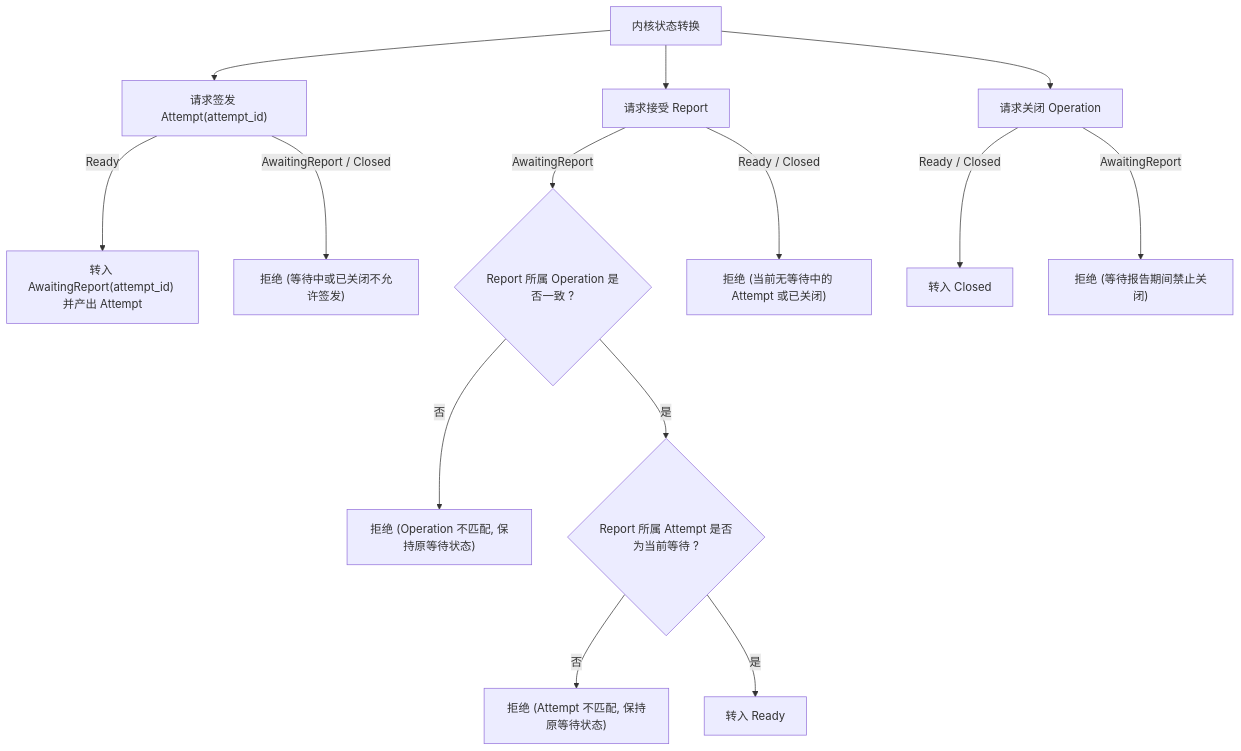
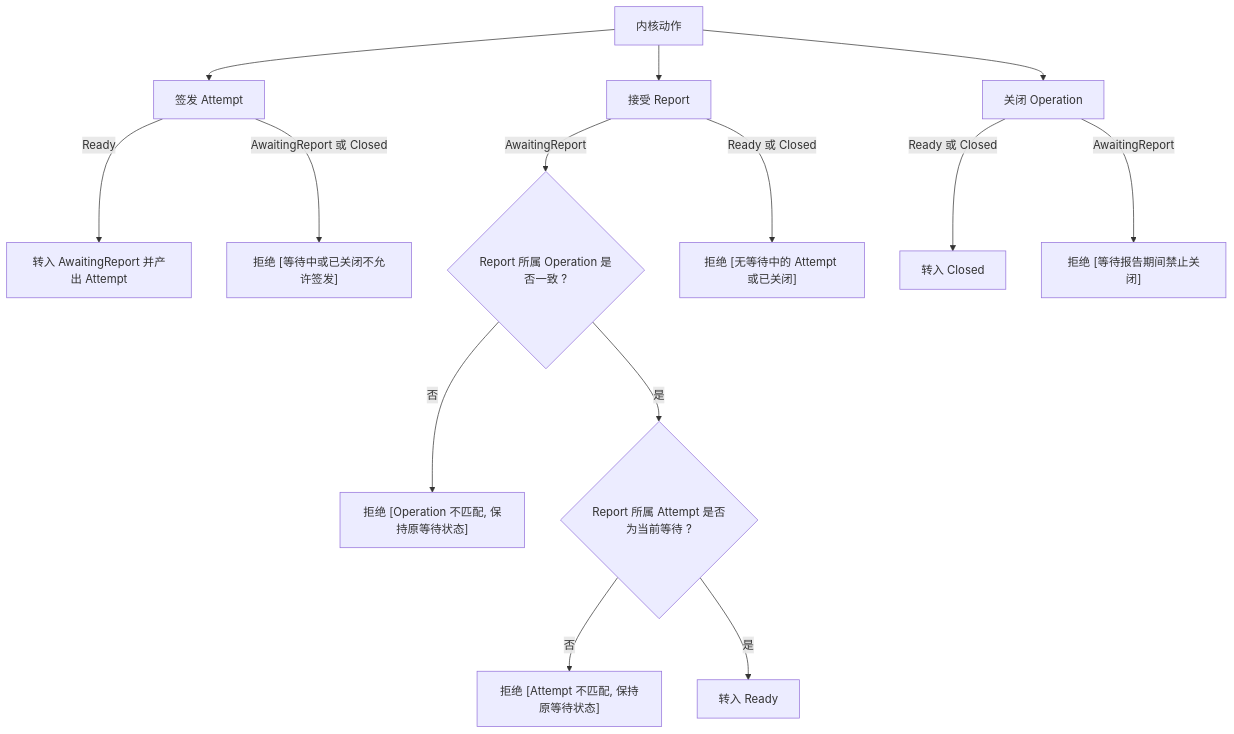
One commit to Everfold/Beamlet changed the second of 2 diagrams in spec/01-kernel.md. Above: the diagram before and after it, drawn with Mermaid. The commit also changed other lines of this file and 16 other files, not shown here.

````diff
--- a/spec/01-kernel.md
+++ b/spec/01-kernel.md
@@ -27,19 +27,19 @@
 ```mermaid
 flowchart TD
-    Act["内核状态转换"] --> C["请求签发 Attempt(attempt_id)"]
-    Act --> A["请求接受 Report"]
-    Act --> Cl["请求关闭 Operation"]
+    Act["内核动作"] --> C["签发 Attempt"]
+    Act --> A["接受 Report"]
+    Act --> Cl["关闭 Operation"]
 
-    C -->|"Ready"| C1["转入 AwaitingReport(attempt_id) 并产出 Attempt"]
-    C -->|"AwaitingReport / Closed"| C2["拒绝 (等待中或已关闭不允许签发)"]
+    C -->|"Ready"| C1["转入 AwaitingReport 并产出 Attempt"]
+    C -->|"AwaitingReport 或 Closed"| C2["拒绝 [等待中或已关闭不允许签发]"]
 
     A -->|"AwaitingReport"| A1{"Report 所属 Operation 是否一致 ?"}
-    A1 -->|"否"| AE1["拒绝 (Operation 不匹配, 保持原等待状态)"]
+    A1 -->|"否"| AE1["拒绝 [Operation 不匹配, 保持原等待状态]"]
     A1 -->|"是"| A2{"Report 所属 Attempt 是否为当前等待 ?"}
-    A2 -->|"否"| AE2["拒绝 (Attempt 不匹配, 保持原等待状态)"]
+    A2 -->|"否"| AE2["拒绝 [Attempt 不匹配, 保持原等待状态]"]
     A2 -->|"是"| AOK["转入 Ready"]
-    A -->|"Ready / Closed"| AE3["拒绝 (当前无等待中的 Attempt 或已关闭)"]
+    A -->|"Ready 或 Closed"| AE3["拒绝 [无等待中的 Attempt 或已关闭]"]
 
-    Cl -->|"Ready / Closed"| Cl1["转入 Closed"]
-    Cl -->|"AwaitingReport"| Cl2["拒绝 (等待报告期间禁止关闭)"]
+    Cl -->|"Ready 或 Closed"| Cl1["转入 Closed"]
+    Cl -->|"AwaitingReport"| Cl2["拒绝 [等待报告期间禁止关闭]"]
 ```
````
